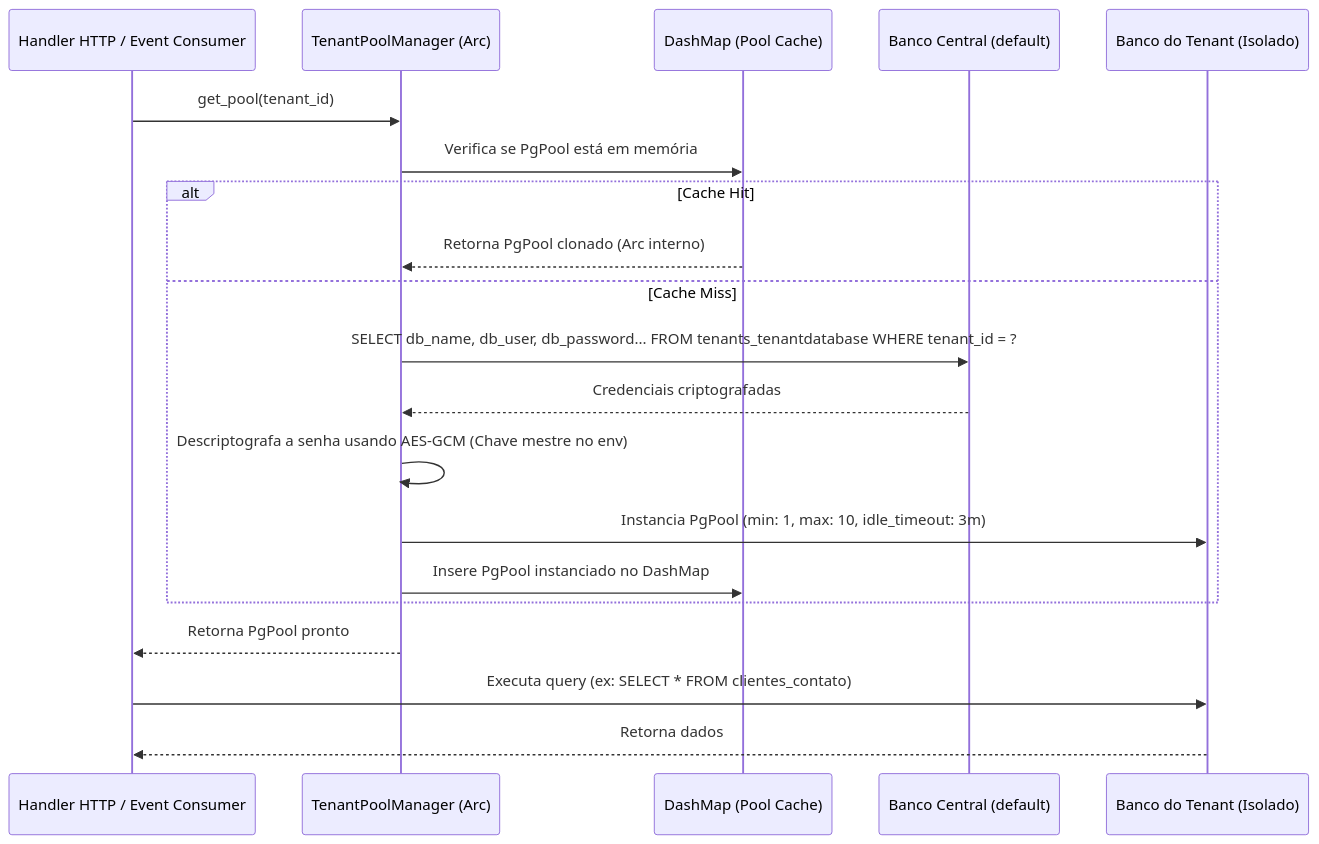
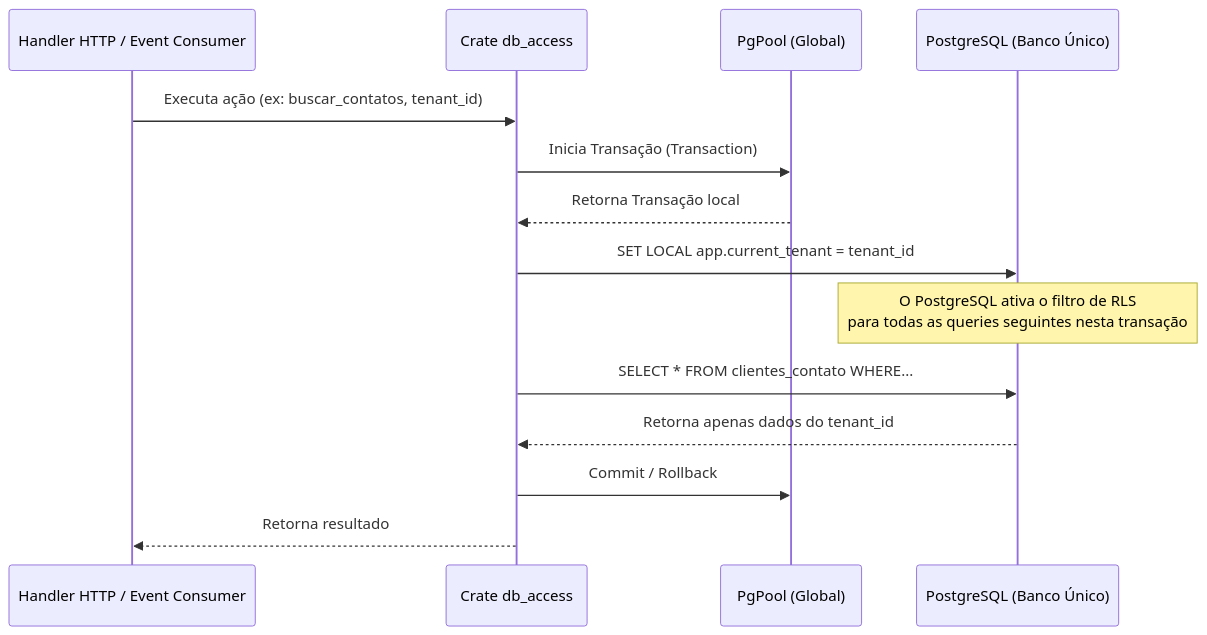
One commit to pwlimaverde/smart-core-assistant-v2 changed the diagram in smart-agent-config/doc_dev/modelagem_dados/estrategia_implementacao_rust.md. Above: the diagram before and after it, drawn with Mermaid. The commit also changed other lines of this file and 11 other files, not shown here.

````diff
--- a/smart-agent-config/doc_dev/modelagem_dados/estrategia_implementacao_rust.md
+++ b/smart-agent-config/doc_dev/modelagem_dados/estrategia_implementacao_rust.md
@@ -31,23 +31,17 @@
 ```mermaid
 sequenceDiagram
     participant App as Handler HTTP / Event Consumer
-    participant Mgr as TenantPoolManager (Arc)
-    participant Cache as DashMap (Pool Cache)
-    participant Core as Banco Central (default)
-    participant TenantDB as Banco do Tenant (Isolado)
+    participant DB as Crate db_access
+    participant Pool as PgPool (Global)
+    participant PG as PostgreSQL (Banco Único)
 
-    App->>Mgr: get_pool(tenant_id)
-    Mgr->>Cache: Verifica se PgPool está em memória
-    alt Cache Hit
-        Cache-->>Mgr: Retorna PgPool clonado (Arc interno)
-    else Cache Miss
-        Mgr->>Core: SELECT db_name, db_user, db_password... FROM tenants_tenantdatabase WHERE tenant_id = ?
-        Core-->>Mgr: Credenciais criptografadas
-        Mgr->>Mgr: Descriptografa a senha usando AES-GCM (Chave mestre no env)
-        Mgr->>TenantDB: Instancia PgPool (min: 1, max: 10, idle_timeout: 3m)
-        Mgr->>Cache: Insere PgPool instanciado no DashMap
-    end
-    Mgr-->>App: Retorna PgPool pronto
-    App->>TenantDB: Executa query (ex: SELECT * FROM clientes_contato)
-    TenantDB-->>App: Retorna dados
+    App->>DB: Executa ação (ex: buscar_contatos, tenant_id)
+    DB->>Pool: Inicia Transação (Transaction)
+    Pool-->>DB: Retorna Transação local
+    DB->>PG: SET LOCAL app.current_tenant = tenant_id
+    Note over PG: O PostgreSQL ativa o filtro de RLS<br/>para todas as queries seguintes nesta transação
+    DB->>PG: SELECT * FROM clientes_contato WHERE...
+    PG-->>DB: Retorna apenas dados do tenant_id
+    DB->>Pool: Commit / Rollback
+    DB-->>App: Retorna resultado
 ```
````
